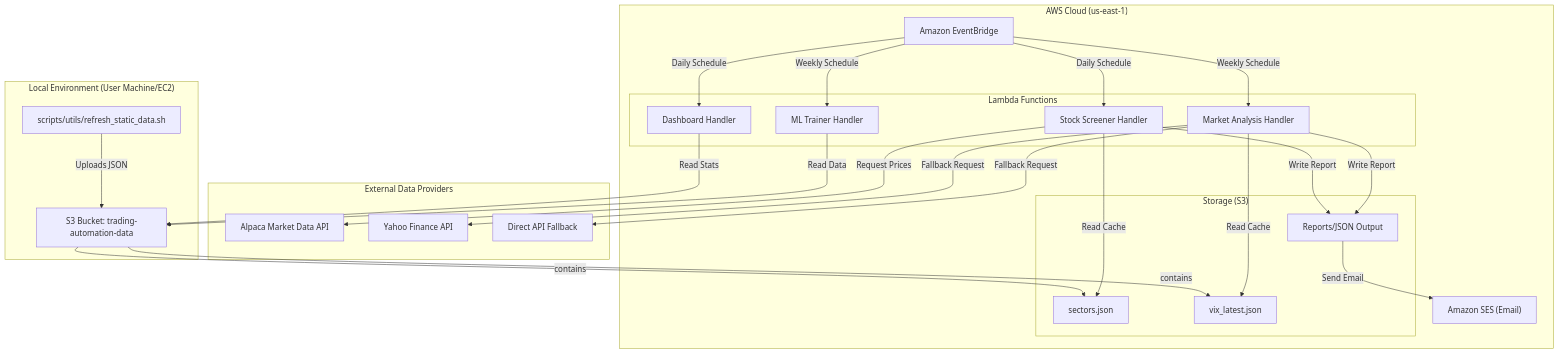
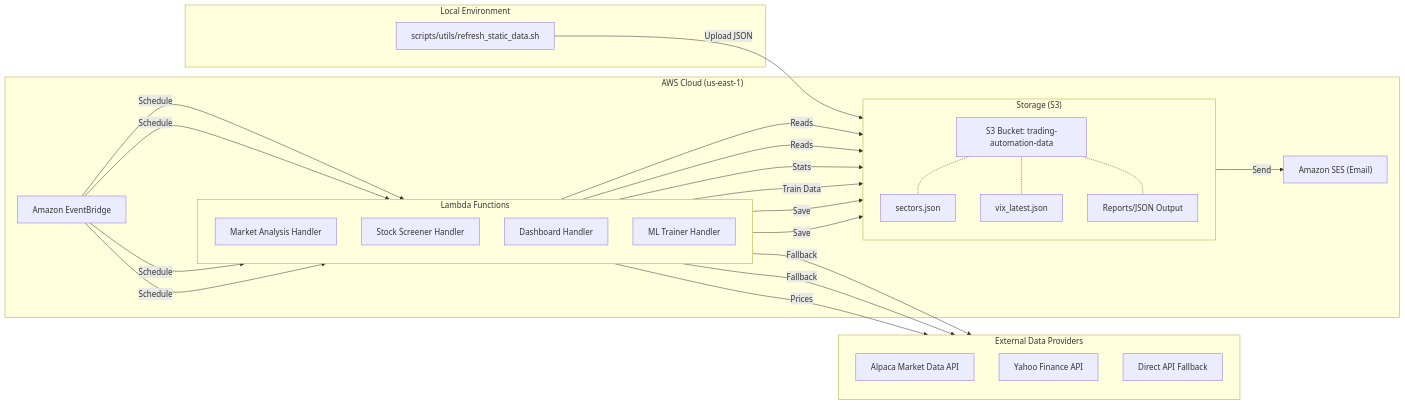
Before and after one commit to anshuman-padhi/trading-automation-fullstack: the first of 2 diagrams in docs/04-Architecture/architecture_diagrams.md, drawn with Mermaid.

Commit message:
Docs: Align architecture diagram using LR layout

````diff
--- a/docs/04-Architecture/architecture_diagrams.md
+++ b/docs/04-Architecture/architecture_diagrams.md
@@ -10,59 +10,65 @@
 ```mermaid
-graph TD
-    subgraph "Local Environment (User Machine/EC2)"
+graph LR
+    subgraph LocalEnv ["Local Environment"]
         LocalScript["scripts/utils/refresh_static_data.sh"]
-        LocalScript -->|Uploads JSON| S3
     end
 
-    subgraph "External Data Providers"
+    subgraph Providers ["External Data Providers"]
+        direction TB
         Alpaca["Alpaca Market Data API"]
         Yahoo["Yahoo Finance API"]
         YahooFallback["Direct API Fallback"]
     end
 
-    subgraph "AWS Cloud (us-east-1)"
+    subgraph AWS ["AWS Cloud (us-east-1)"]
         EventBridge["Amazon EventBridge"]
-        
-        subgraph "Lambda Functions"
+
+        subgraph Funcs ["Lambda Functions"]
+            direction TB
             MarketAnalysis["Market Analysis Handler"]
             StockScreener["Stock Screener Handler"]
             Dashboard["Dashboard Handler"]
             MLTrainer["ML Trainer Handler"]
         end
         
-        subgraph "Storage (S3)"
-            S3["S3 Bucket: trading-automation-data"]
+        subgraph Storage ["Storage (S3)"]
+            direction TB
+            S3Bucket["S3 Bucket: trading-automation-data"]
             Sectors["sectors.json"]
             VIX["vix_latest.json"]
             Reports["Reports/JSON Output"]
         end
         
         SES["Amazon SES (Email)"]
     end
 
-    %% Event Triggers
-    EventBridge -->|Weekly Schedule| MarketAnalysis
-    EventBridge -->|Daily Schedule| StockScreener
-    EventBridge -->|Daily Schedule| Dashboard
-    EventBridge -->|Weekly Schedule| MLTrainer
+    %% Data Upload flow
+    LocalScript -->|Upload JSON| S3Bucket
 
-    %% Data Flow
-    MarketAnalysis -->|Read Cache| VIX
-    MarketAnalysis -->|Fallback Request| Yahoo
-    MarketAnalysis -->|Fallback Request| YahooFallback
+    %% Trigger Flow
+    EventBridge -->|Schedule| MarketAnalysis
+    EventBridge -->|Schedule| StockScreener
+    EventBridge -->|Schedule| Dashboard
+    EventBridge -->|Schedule| MLTrainer
+
+    %% Data Fetch Flow
+    MarketAnalysis -->|Reads| VIX
+    MarketAnalysis -->|Fallback| Yahoo
+    MarketAnalysis -->|Fallback| YahooFallback
     
-    StockScreener -->|Read Cache| Sectors
-    StockScreener -->|Request Prices| Alpaca
+    StockScreener -->|Reads| Sectors
+    StockScreener -->|Prices| Alpaca
     
-    MLTrainer -->|Read Data| S3
-    Dashboard -->|Read Stats| S3
+    Dashboard -->|Stats| S3Bucket
+    MLTrainer -->|Train Data| S3Bucket
 
-    %% Output
-    MarketAnalysis -->|Write Report| Reports
-    StockScreener -->|Write Report| Reports
-    Reports -->|Send Email| SES
-    
-    %% Cache Link
-    S3 -- contains --> Sectors
-    S3 -- contains --> VIX
+    %% Cache Association
+    S3Bucket -.- Sectors
+    S3Bucket -.- VIX
+    S3Bucket -.- Reports
+
+    %% Output Flow
+    MarketAnalysis -->|Save| Reports
+    StockScreener -->|Save| Reports
+    Reports -->|Send| SES
 ```
````
